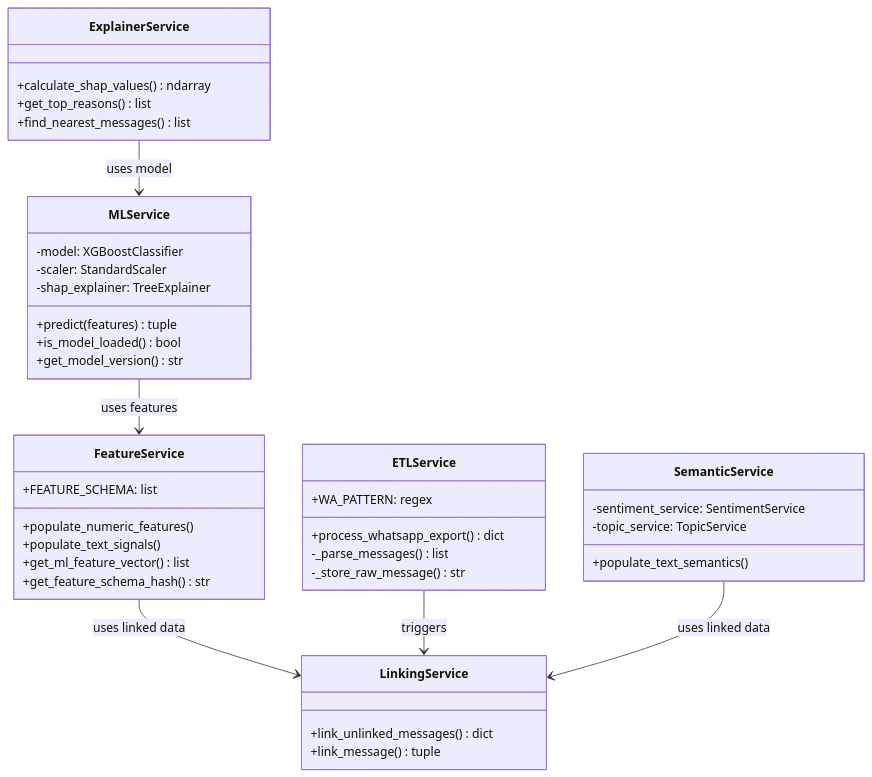
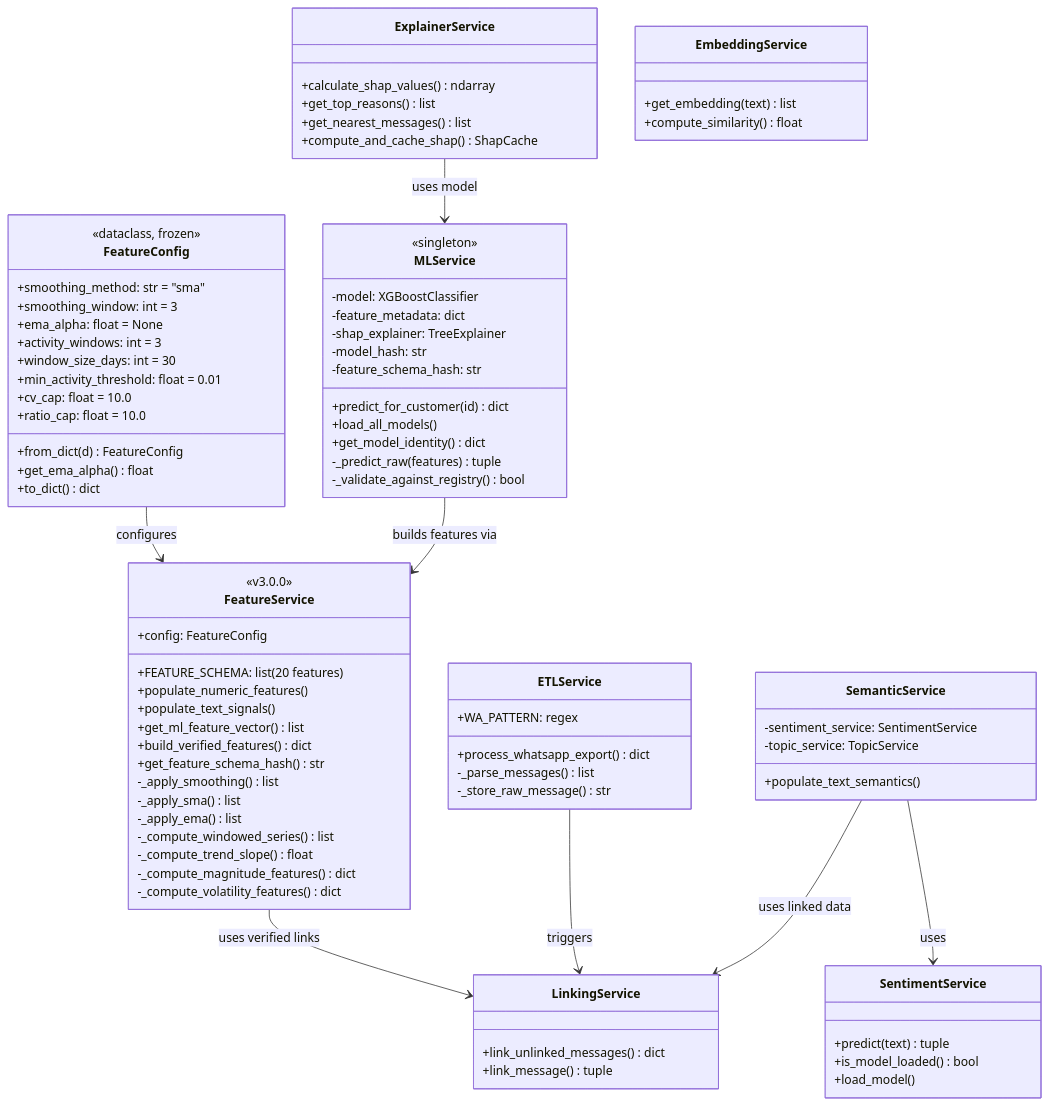
Before and after one commit to adamsafril19/Customer-Analitycs--Mamina-: the sixth of 15 diagrams in DOKUMENTASI_SISTEM.md, drawn with Mermaid. The commit also changed other lines of this file and 21 other files, not shown here.

````diff
--- a/DOKUMENTASI_SISTEM.md
+++ b/DOKUMENTASI_SISTEM.md
@@ -343,20 +393,50 @@
 ```mermaid
 classDiagram
-    class MLService {
-        -model: XGBoostClassifier
-        -scaler: StandardScaler
-        -shap_explainer: TreeExplainer
-        +predict(features) tuple
-        +is_model_loaded() bool
-        +get_model_version() str
+    class FeatureConfig {
+        <<dataclass, frozen>>
+        +smoothing_method: str = "sma"
+        +smoothing_window: int = 3
+        +ema_alpha: float = None
+        +activity_windows: int = 3
+        +window_size_days: int = 30
+        +min_activity_threshold: float = 0.01
+        +cv_cap: float = 10.0
+        +ratio_cap: float = 10.0
+        +from_dict(d) FeatureConfig
+        +get_ema_alpha() float
+        +to_dict() dict
     }
 
     class FeatureService {
-        +FEATURE_SCHEMA: list
+        <<v3.0.0>>
+        +FEATURE_SCHEMA: list (20 features)
+        +config: FeatureConfig
         +populate_numeric_features()
         +populate_text_signals()
         +get_ml_feature_vector() list
+        +build_verified_features() dict
         +get_feature_schema_hash() str
+        -_apply_smoothing() list
+        -_apply_sma() list
+        -_apply_ema() list
+        -_compute_windowed_series() list
+        -_compute_trend_slope() float
+        -_compute_magnitude_features() dict
+        -_compute_volatility_features() dict
+    }
+
+    class MLService {
+        <<singleton>>
+        -model: XGBoostClassifier
+        -feature_metadata: dict
+        -shap_explainer: TreeExplainer
+        -model_hash: str
+        -feature_schema_hash: str
+        +predict_for_customer(id) dict
+        +load_all_models()
+        +get_model_identity() dict
+        -_predict_raw(features) tuple
+        -_validate_against_registry() bool
     }
 
     class ETLService {
@@ -374,7 +454,8 @@
     class ExplainerService {
         +calculate_shap_values() ndarray
         +get_top_reasons() list
-        +find_nearest_messages() list
+        +get_nearest_messages() list
+        +compute_and_cache_shap() ShapCache
     }
 
     class SemanticService {
@@ -383,9 +464,22 @@
         -topic_service: TopicService
     }
 
-    MLService --> FeatureService : uses features
+    class SentimentService {
+        +predict(text) tuple
+        +is_model_loaded() bool
+        +load_model()
+    }
+
+    class EmbeddingService {
+        +get_embedding(text) list
+        +compute_similarity() float
+    }
+
+    FeatureConfig --> FeatureService : configures
+    MLService --> FeatureService : builds features via
     ExplainerService --> MLService : uses model
-    FeatureService --> LinkingService : uses linked data
+    FeatureService --> LinkingService : uses verified links
     ETLService --> LinkingService : triggers
+    SemanticService --> SentimentService : uses
     SemanticService --> LinkingService : uses linked data
 ```
````
